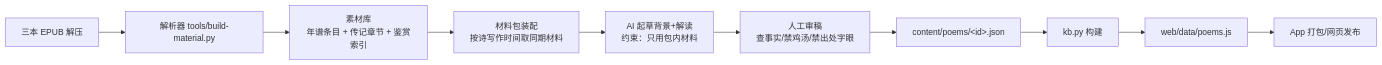
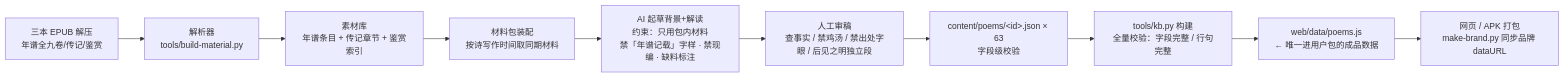
One commit to CristinaHan/MaoPoem changed the second of 6 diagrams in docs/产品流程图.md. Above: the diagram before and after it, drawn with Mermaid. The commit also changed other lines of this file and 55 other files, not shown here.

````diff
--- a/docs/产品流程图.md
+++ b/docs/产品流程图.md
@@ -30,12 +42,12 @@
 ```mermaid
 flowchart LR
-    A[三本 EPUB 解压] --> B[解析器 tools/build-material.py]
+    A[三本 EPUB 解压<br/>年谱全九卷/传记/鉴赏] --> B[解析器<br/>tools/build-material.py]
     B --> C[素材库<br/>年谱条目 + 传记章节 + 鉴赏索引]
     C --> D[材料包装配<br/>按诗写作时间取同期材料]
-    D --> E[AI 起草背景+解读<br/>约束：只用包内材料]
-    E --> F[人工审稿<br/>查事实/禁鸡汤/禁出处字眼]
-    F --> G[content/poems/&lt;id&gt;.json]
-    G --> H[kb.py 构建]
-    H --> I[web/data/poems.js]
-    I --> J[App 打包/网页发布]
+    D --> E[AI 起草背景+解读<br/>约束：只用包内材料<br/>禁「年谱记载」字样 · 禁现编 · 缺料标注]
+    E --> F[人工审稿<br/>查事实 / 禁鸡汤 / 禁出处字眼 / 后见之明独立段]
+    F --> G[content/poems/&lt;id&gt;.json × 63<br/>字段级校验]
+    G --> H[tools/kb.py 构建<br/>全量校验：字段完整 / 行句完整]
+    H --> I[web/data/poems.js<br/>← 唯一进用户包的成品数据]
+    I --> J[网页 / APK 打包<br/>make-brand.py 同步品牌 dataURL]
 ```
````
